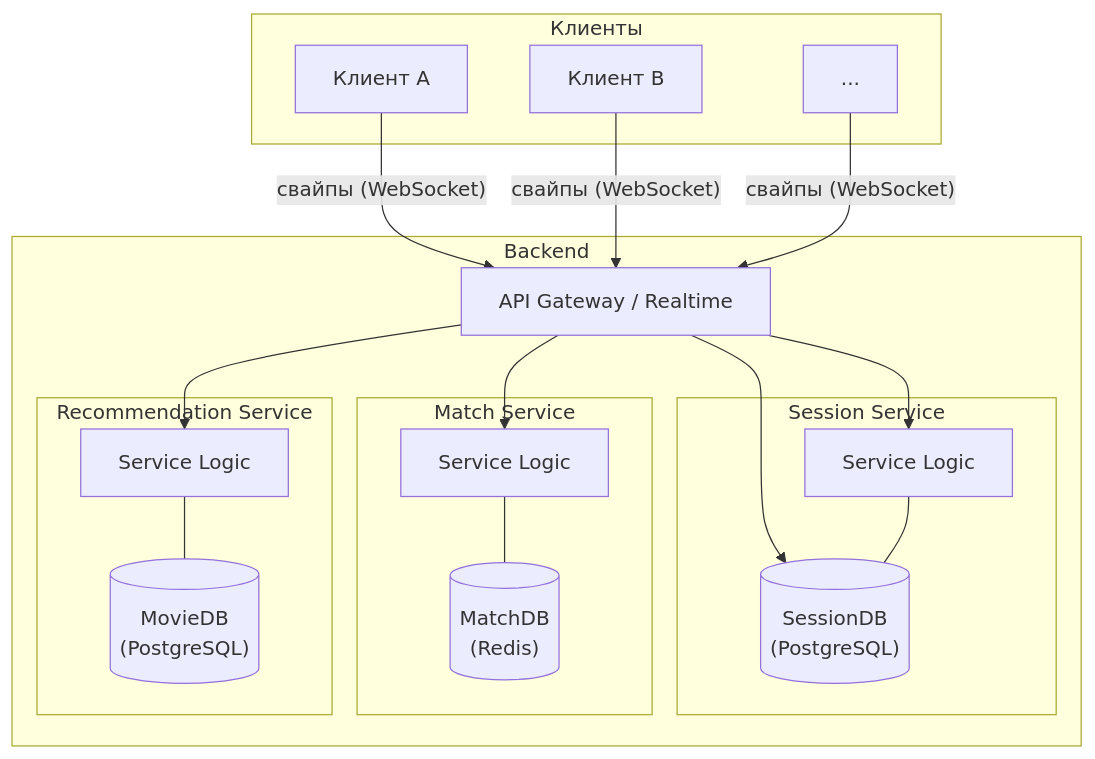
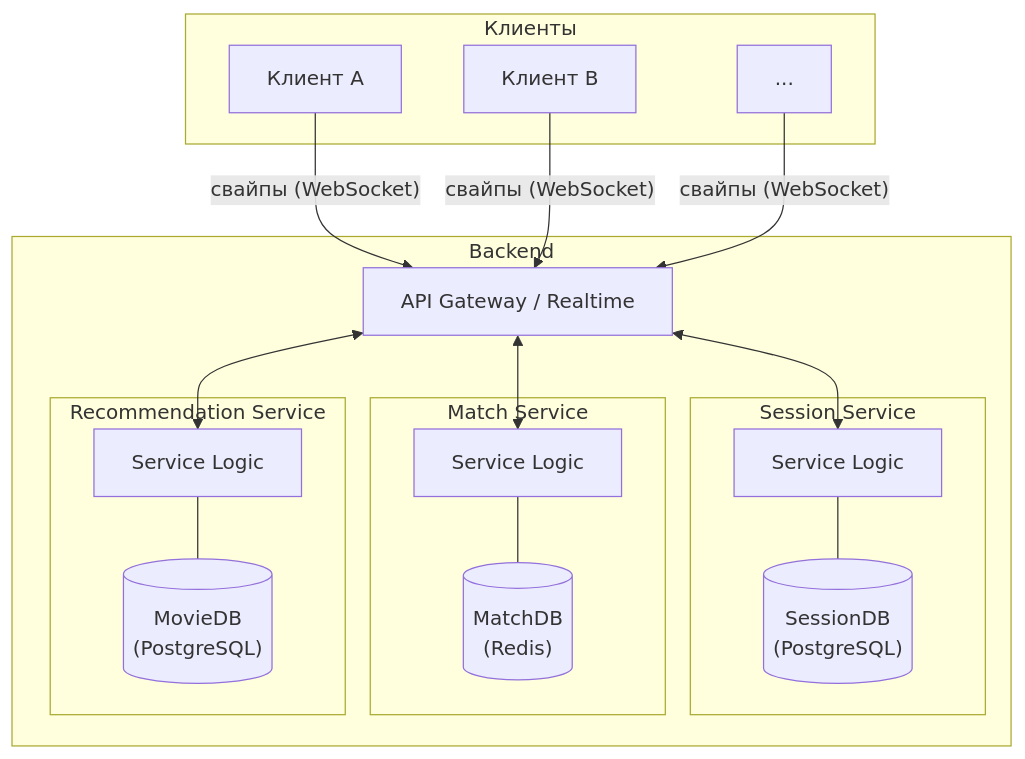
One commit to spbu-ds-practicum-2025/dodep changed the first of 6 diagrams in docs/tr.md. Above: the diagram before and after it, drawn with Mermaid. The commit also changed other lines of this file, not shown here.

Commit message:
Устранены лишние связи в диаграммах

````diff
--- a/docs/tr.md
+++ b/docs/tr.md
@@ -100,40 +100,39 @@
 ```mermaid
 graph TD
   subgraph "Клиенты"
     ClientA[Клиент A]
     ClientB[Клиент B]
     ClientC[...]
   end
 
   subgraph "Backend"
     Gateway[API Gateway / Realtime]
-    Gateway --> SessionDB[("SessionDB<br/>(PostgreSQL)")]
     subgraph "Session Service"
       SessionSvc[Service Logic]
       
       SessionDB[("SessionDB<br/>(PostgreSQL)")]
     end
 
     subgraph "Match Service"
       MatchSvc[Service Logic]
       MatchDB[("MatchDB<br/>(Redis)")]
     end
 
     subgraph "Recommendation Service"
       RecoSvc[Service Logic]
       RecoDB[("MovieDB<br/>(PostgreSQL)")]
     end
   end
 
   ClientA -- "свайпы (WebSocket)" --> Gateway
   ClientB -- "свайпы (WebSocket)" --> Gateway
   ClientC -- "свайпы (WebSocket)" --> Gateway
 
-  Gateway --> SessionSvc
-  Gateway --> MatchSvc
-  Gateway --> RecoSvc
+  Gateway <--> SessionSvc
+  Gateway <--> MatchSvc
+  Gateway <--> RecoSvc
 
   SessionSvc --- SessionDB
   MatchSvc --- MatchDB
   RecoSvc --- RecoDB
 ```
````
